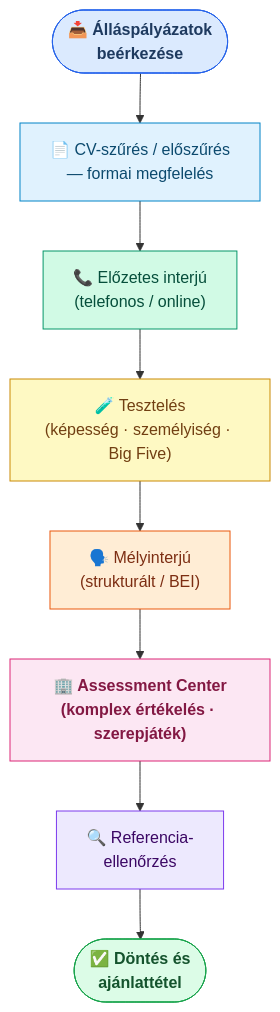
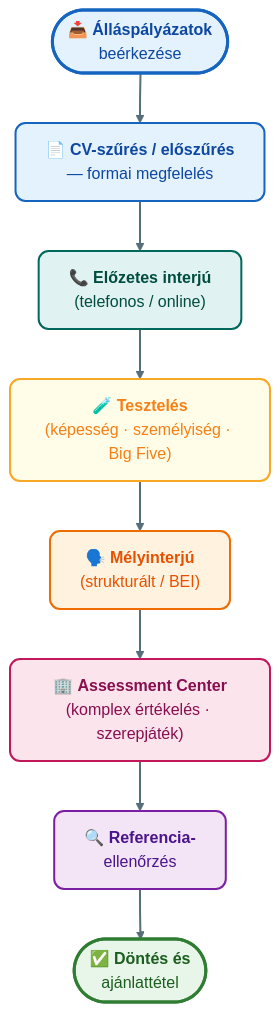
Before and after one commit to denespocsik/MM_BSC_Zarovizsga: the diagram in Tételek/K10-GMXHR1MBLF-Kiválasztási folyamat és módszerek.tétel.md, drawn with Mermaid. The commit also changed 34 other files, not shown here.

First line of the commit message:
style(tételek): egységes vizuális arculat a Mermaid-diagramokhoz

````diff
--- a/Tételek/K10-GMXHR1MBLF-Kiválasztási folyamat és módszerek.tétel.md
+++ b/Tételek/K10-GMXHR1MBLF-Kiválasztási folyamat és módszerek.tétel.md
@@ -11,20 +11,22 @@
 ```mermaid
 flowchart TD
-    A(["📥 Álláspályázatok\nbeérkezése"]):::start
-    --> B["📄 CV-szűrés / előszűrés\n— formai megfelelés"]:::s1
-    --> C["📞 Előzetes interjú\n(telefonos / online)"]:::s2
-    --> D["🧪 Tesztelés\n(képesség · személyiség · Big Five)"]:::s3
-    --> E["🗣️ Mélyinterjú\n(strukturált / BEI)"]:::s4
-    --> F["🏢 Assessment Center\n(komplex értékelés · szerepjáték)"]:::s5
-    --> G["🔍 Referencia-\nellenőrzés"]:::s6
-    --> H(["✅ Döntés és\najánlattétel"]):::finish
+    A(["📥 <b>Álláspályázatok</b><br/>beérkezése"]):::kekH
+    --> B["📄 <b>CV-szűrés / előszűrés</b><br/>— formai megfelelés"]:::kek
+    --> C["📞 <b>Előzetes interjú</b><br/>(telefonos / online)"]:::turkiz
+    --> D["🧪 <b>Tesztelés</b><br/>(képesség · személyiség · Big Five)"]:::sarga
+    --> E["🗣️ <b>Mélyinterjú</b><br/>(strukturált / BEI)"]:::narancs
+    --> F["🏢 <b>Assessment Center</b><br/>(komplex értékelés · szerepjáték)"]:::rozsa
+    --> G["🔍 <b>Referencia-</b><br/>ellenőrzés"]:::lila
+    --> H(["✅ <b>Döntés és</b><br/>ajánlattétel"]):::zoldH
 
-    classDef start  fill:#dbeafe,stroke:#2563eb,color:#1e3a5f,font-weight:bold
-    classDef s1     fill:#e0f2fe,stroke:#0284c7,color:#0c4a6e
-    classDef s2     fill:#d1fae5,stroke:#059669,color:#064e3b
-    classDef s3     fill:#fef9c3,stroke:#ca8a04,color:#713f12
-    classDef s4     fill:#ffedd5,stroke:#ea580c,color:#7c2d12
-    classDef s5     fill:#fce7f3,stroke:#db2777,color:#831843,font-weight:bold
-    classDef s6     fill:#ede9fe,stroke:#7c3aed,color:#3b0764
-    classDef finish fill:#dcfce7,stroke:#16a34a,color:#14532d,font-weight:bold
+    classDef kek     fill:#e3f2fd,stroke:#1565c0,stroke-width:2px,color:#0d47a1,rx:10,ry:10;
+    classDef kekH    fill:#e3f2fd,stroke:#1565c0,stroke-width:3px,color:#0d47a1,rx:10,ry:10;
+    classDef zoldH   fill:#e8f5e9,stroke:#2e7d32,stroke-width:3px,color:#1b5e20,rx:10,ry:10;
+    classDef narancs fill:#fff3e0,stroke:#ef6c00,stroke-width:2px,color:#e65100,rx:10,ry:10;
+    classDef rozsa   fill:#fce4ec,stroke:#c2185b,stroke-width:2px,color:#880e4f,rx:10,ry:10;
+    classDef lila    fill:#f3e5f5,stroke:#7b1fa2,stroke-width:2px,color:#4a148c,rx:10,ry:10;
+    classDef turkiz  fill:#e0f2f1,stroke:#00695c,stroke-width:2px,color:#004d40,rx:10,ry:10;
+    classDef sarga   fill:#fffde7,stroke:#f9a825,stroke-width:2px,color:#f57f17,rx:10,ry:10;
+
+    linkStyle default stroke:#546e7a,stroke-width:2px;
 ```
````
